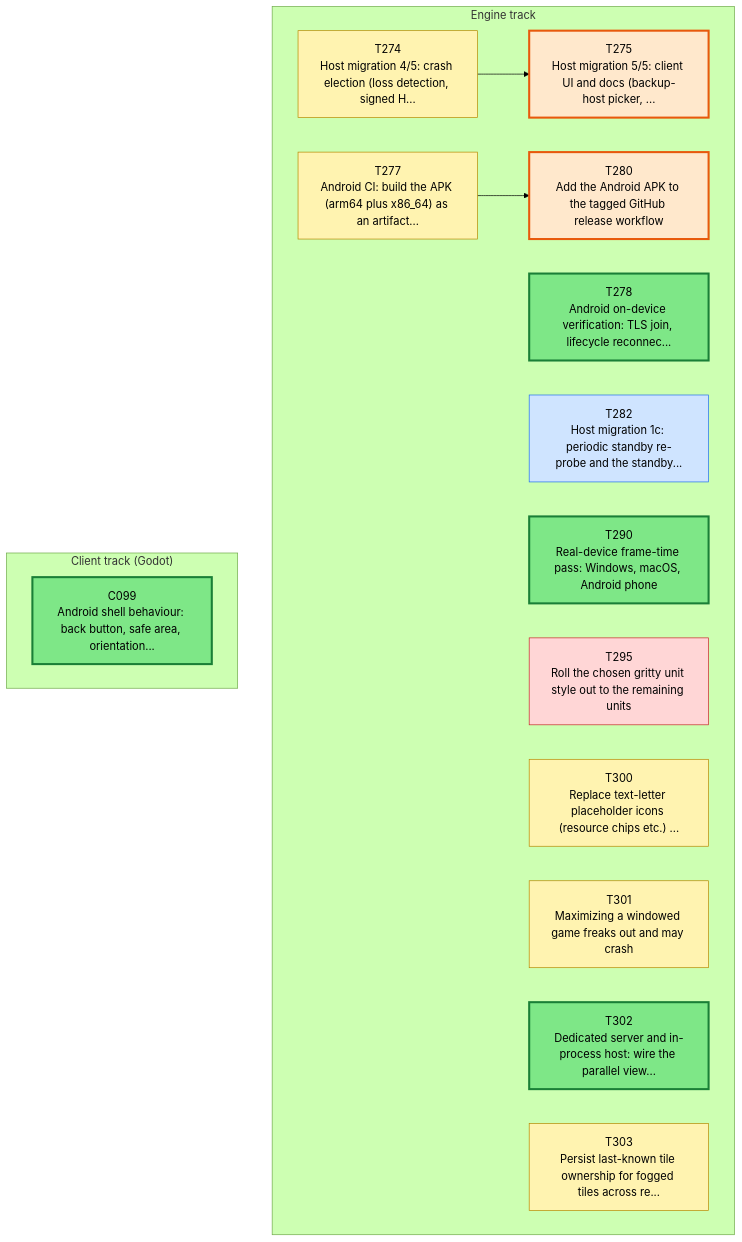
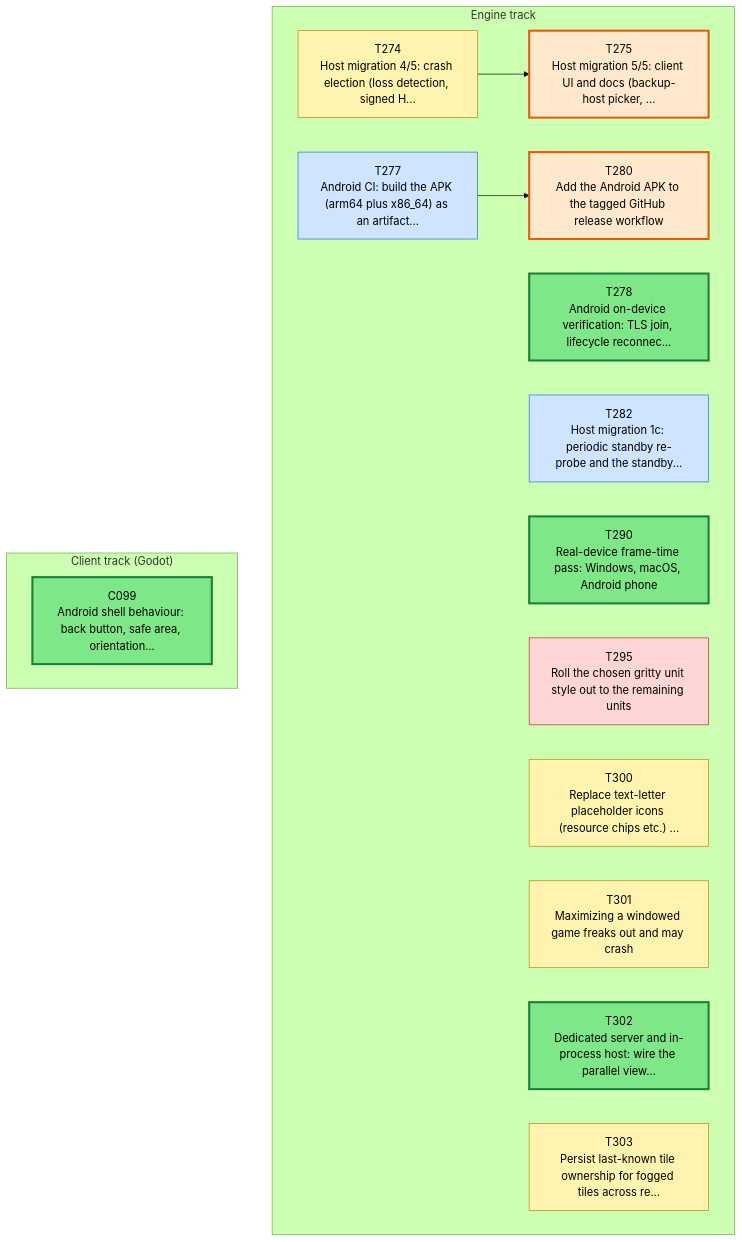
The first of 3 diagrams in csharp/migration/DEPENDENCY_MAP.md (Kenmura/Unciv), drawn with Mermaid (forest theme) before and after one commit. The commit also changed other lines of this file and 1 other file, not shown here.

Commit message:
migration: T277 -> Needs-Review [Claude]

````diff
--- a/csharp/migration/DEPENDENCY_MAP.md
+++ b/csharp/migration/DEPENDENCY_MAP.md
@@ -35,42 +35,42 @@
 ```mermaid
 flowchart TD
   subgraph TTRACK["Engine track"]
     T274["T274<br/>Host migration 4/5: crash election (loss detection, signed H..."]
     T275["T275<br/>Host migration 5/5: client UI and docs (backup-host picker, ..."]
     T277["T277<br/>Android CI: build the APK (arm64 plus x86_64) as an artifact..."]
     T278["T278<br/>Android on-device verification: TLS join, lifecycle reconnec..."]
     T280["T280<br/>Add the Android APK to the tagged GitHub release workflow"]
     T282["T282<br/>Host migration 1c: periodic standby re-probe and the standby..."]
     T290["T290<br/>Real-device frame-time pass: Windows, macOS, Android phone"]
     T295["T295<br/>Roll the chosen gritty unit style out to the remaining units"]
     T300["T300<br/>Replace text-letter placeholder icons (resource chips etc.) ..."]
     T301["T301<br/>Maximizing a windowed game freaks out and may crash"]
     T302["T302<br/>Dedicated server and in-process host: wire the parallel view..."]
     T303["T303<br/>Persist last-known tile ownership for fogged tiles across re..."]
   end
   subgraph CTRACK["Client track (Godot)"]
     C099["C099<br/>Android shell behaviour: back button, safe area, orientation..."]
   end
   T274 --> T275
   T277 --> T280
   classDef waiting fill:#f3faf3,stroke:#9bc49b,color:#555,stroke-dasharray:2 2
   classDef ondeck fill:#ffe8cc,stroke:#e8590c,stroke-width:3px,color:#000
   classDef ready fill:#7ee787,stroke:#1a7f37,stroke-width:3px,color:#000
   classDef prog fill:#fff3b0,stroke:#b58900,color:#000
   classDef review fill:#cfe4ff,stroke:#1f6feb,color:#000
   classDef blocked fill:#ffd6d6,stroke:#c62828,color:#000
   classDef done fill:#eeeeee,stroke:#999999,color:#666,stroke-dasharray:4 3
   class C099 ready
   class T274 prog
   class T275 ondeck
-  class T277 prog
+  class T277 review
   class T278 ready
   class T280 ondeck
   class T282 review
   class T290 ready
   class T295 blocked
   class T300 prog
   class T301 prog
   class T302 ready
   class T303 prog
 ```
````
